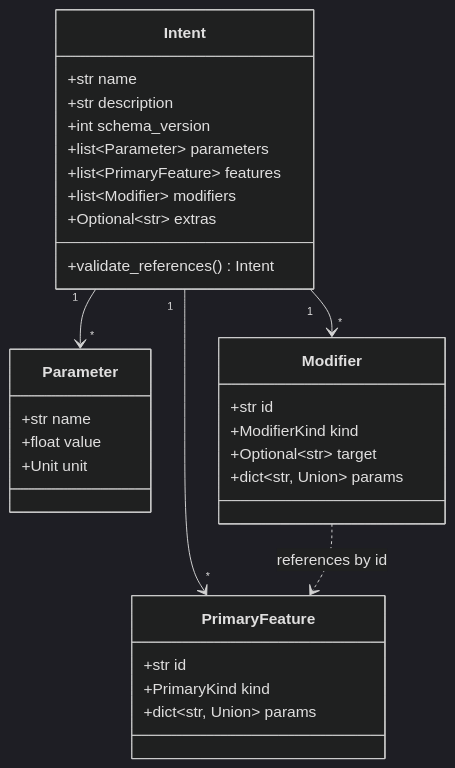
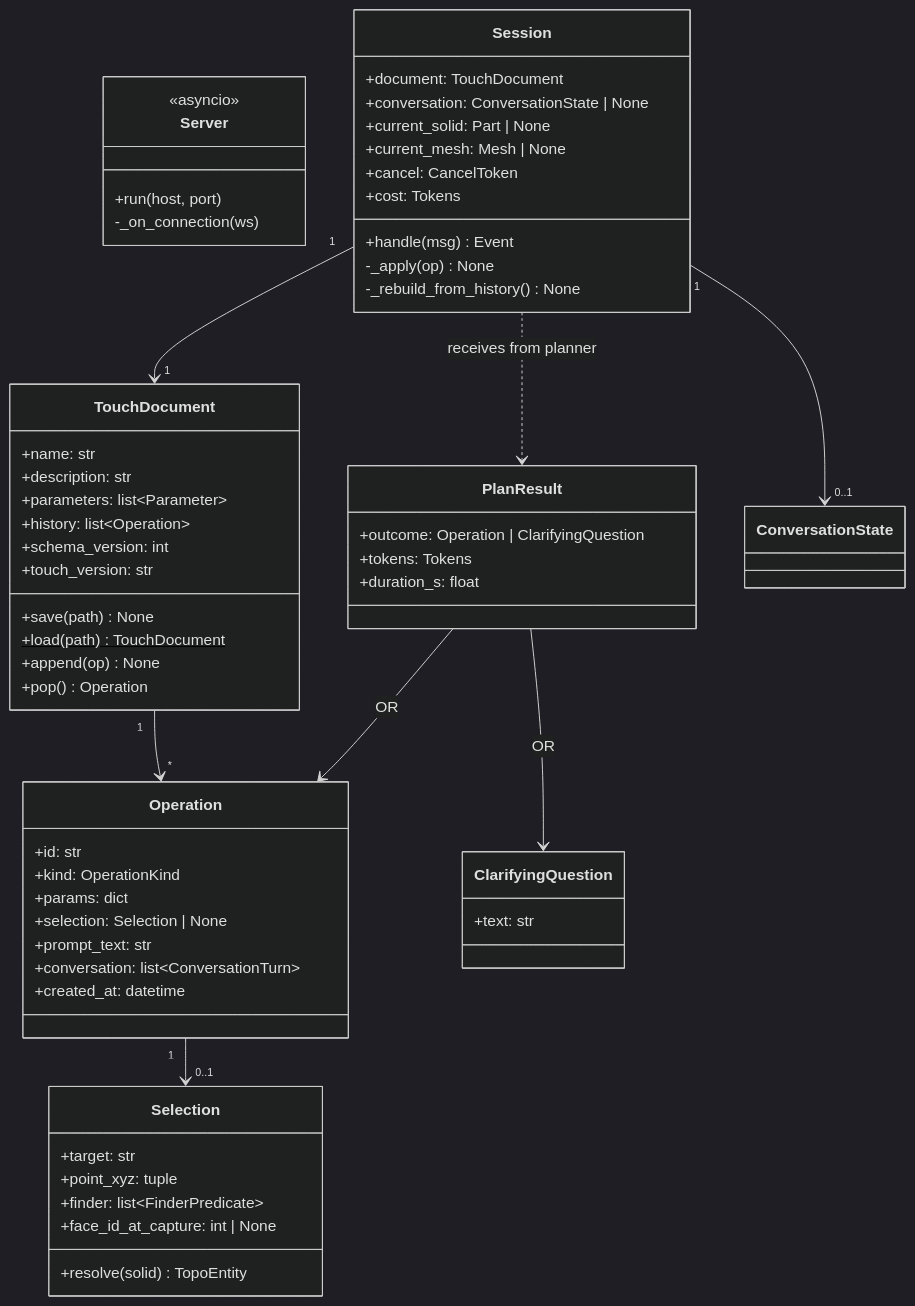
The first of 5 diagrams in docs/02-classes.md (vandpaolo/touch), drawn with Mermaid (dark theme) before and after one commit. The commit also changed other lines of this file and 10 other files, not shown here.

First line of the commit message:
docs: re-baseline architecture for Touch (/pm-architecture)

````diff
--- a/docs/02-classes.md
+++ b/docs/02-classes.md
@@ -33,33 +68,62 @@
 ```mermaid
 classDiagram
-    class Intent {
-        +str name
-        +str description
-        +int schema_version
-        +list~Parameter~ parameters
-        +list~PrimaryFeature~ features
-        +list~Modifier~ modifiers
-        +Optional~str~ extras
-        +validate_references() Intent
+    class Server {
+        <<asyncio>>
+        +run(host, port)
+        -_on_connection(ws)
     }
-    class Parameter {
-        +str name
-        +float value
-        +Unit unit
+    class Session {
+        +document: TouchDocument
+        +conversation: ConversationState | None
+        +current_solid: Part | None
+        +current_mesh: Mesh | None
+        +cancel: CancelToken
+        +cost: Tokens
+        +handle(msg) Event
+        -_apply(op) None
+        -_rebuild_from_history() None
     }
-    class PrimaryFeature {
-        +str id
-        +PrimaryKind kind
-        +dict~str, Union~ params
+    class TouchDocument {
+        +name: str
+        +description: str
+        +parameters: list~Parameter~
+        +history: list~Operation~
+        +schema_version: int
+        +touch_version: str
+        +save(path) None
+        +load(path)$ TouchDocument
+        +append(op) None
+        +pop() Operation
     }
-    class Modifier {
-        +str id
-        +ModifierKind kind
-        +Optional~str~ target
-        +dict~str, Union~ params
+    class Operation {
+        +id: str
+        +kind: OperationKind
+        +params: dict
+        +selection: Selection | None
+        +prompt_text: str
+        +conversation: list~ConversationTurn~
+        +created_at: datetime
     }
-    Intent "1" --> "*" Parameter
-    Intent "1" --> "*" PrimaryFeature
-    Intent "1" --> "*" Modifier
-    Modifier ..> PrimaryFeature : references by id
+    class Selection {
+        +target: str
+        +point_xyz: tuple
+        +finder: list~FinderPredicate~
+        +face_id_at_capture: int | None
+        +resolve(solid) TopoEntity
+    }
+    class PlanResult {
+        +outcome: Operation | ClarifyingQuestion
+        +tokens: Tokens
+        +duration_s: float
+    }
+    class ClarifyingQuestion {
+        +text: str
+    }
+    Session "1" --> "1" TouchDocument
+    Session "1" --> "0..1" ConversationState
+    TouchDocument "1" --> "*" Operation
+    Operation "1" --> "0..1" Selection
+    Session ..> PlanResult : receives from planner
+    PlanResult --> Operation : OR
+    PlanResult --> ClarifyingQuestion : OR
 ```
````
